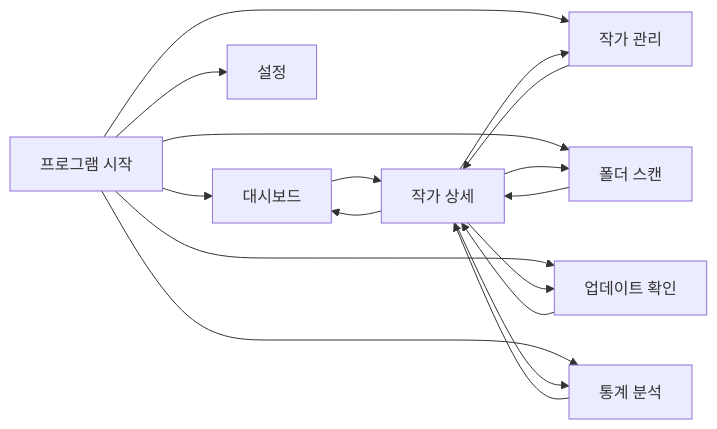
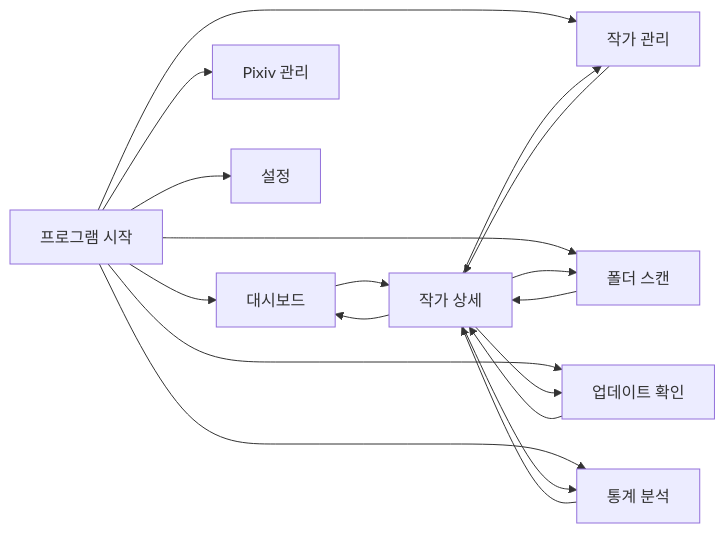
Before and after one commit to PKT0623/PixivLocalManager: the first of 44 diagrams in docs/03_SYSTEM_FLOW.md, drawn with Mermaid. The commit also changed other lines of this file and 10 other files, not shown here.

Commit message:
docs: update V2 completion status and V3 roadmap

````diff
--- a/docs/03_SYSTEM_FLOW.md
+++ b/docs/03_SYSTEM_FLOW.md
@@ -5,24 +5,25 @@
 ```mermaid
 flowchart LR
 
 START[프로그램 시작]
 
 START --> DASHBOARD[대시보드]
 START --> SCAN[폴더 스캔]
 START --> ARTISTS[작가 관리]
 START --> UPDATE[업데이트 확인]
+START --> PIXIV_MANAGER[Pixiv 관리]
 START --> STATISTICS[통계 분석]
 START --> SETTINGS[설정]
 
 DASHBOARD --> DETAIL[작가 상세]
 ARTISTS --> DETAIL
 SCAN --> DETAIL
 UPDATE --> DETAIL
 STATISTICS --> DETAIL
 
 DETAIL --> DASHBOARD
 DETAIL --> ARTISTS
 DETAIL --> SCAN
 DETAIL --> UPDATE
 DETAIL --> STATISTICS
 ```
````
